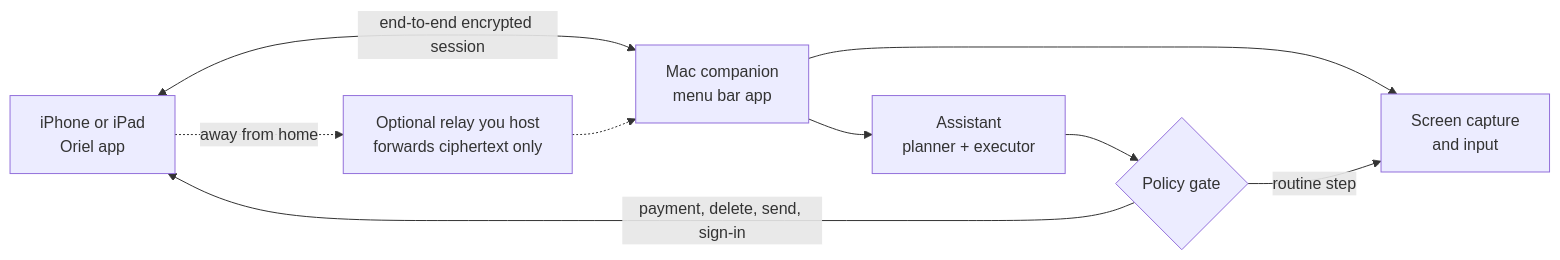
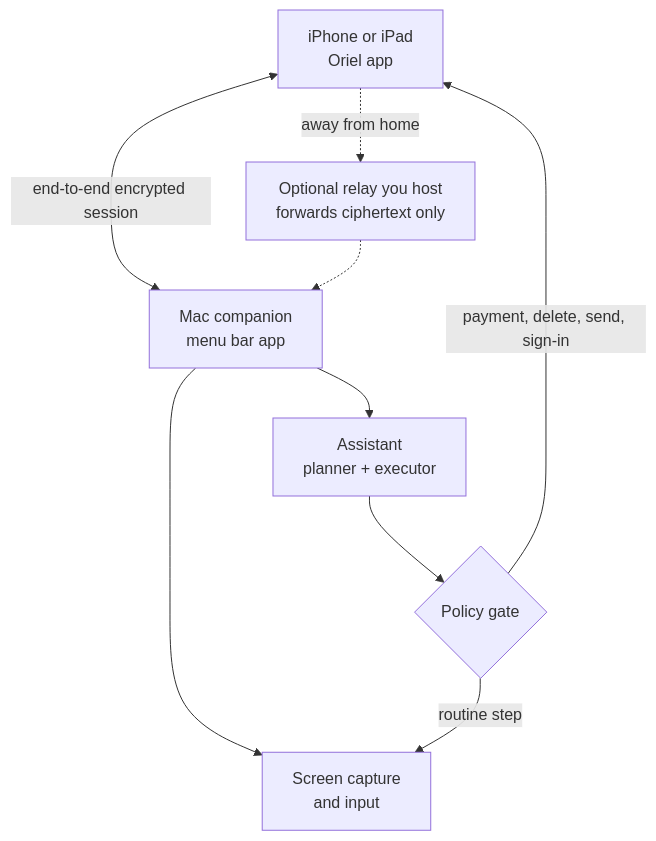
One commit to 1ucian/oriel changed the diagram in README.md. Above: the diagram before and after it, drawn with Mermaid.

Commit message:
README: the session diagram reads top to bottom

````diff
--- a/README.md
+++ b/README.md
@@ -45,17 +45,17 @@
 ```mermaid
-flowchart LR
+flowchart TD
   phone["iPhone or iPad<br/>Oriel app"]
   mac["Mac companion<br/>menu bar app"]
   relay["Optional relay you host<br/>forwards ciphertext only"]
   io["Screen capture<br/>and input"]
   brain["Assistant<br/>planner + executor"]
   gate{"Policy gate"}
   phone <-->|"end-to-end encrypted session"| mac
   phone -.->|"away from home"| relay
   relay -.-> mac
   mac --> io
   mac --> brain
   brain --> gate
   gate -->|"routine step"| io
   gate -->|"payment, delete, send, sign-in"| phone
 ```
````
